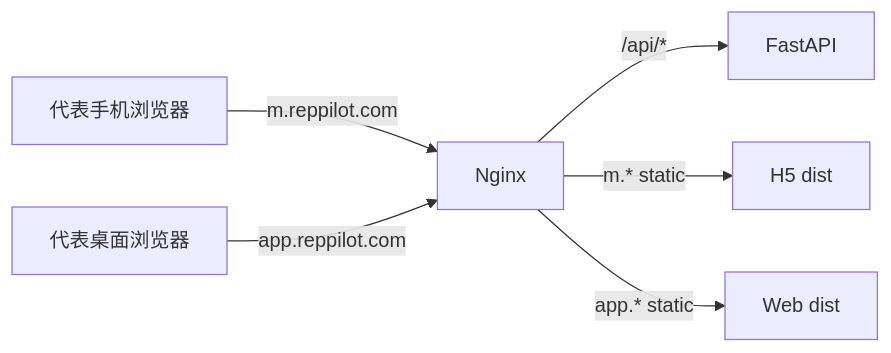
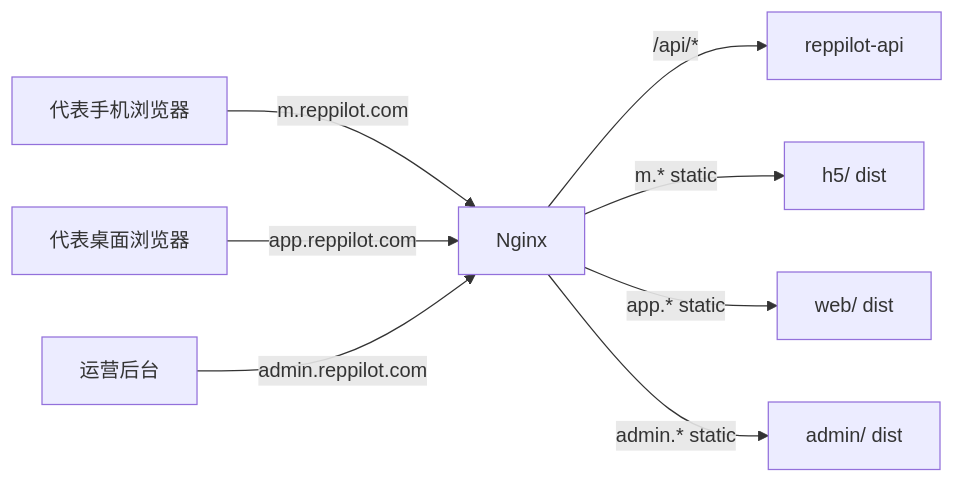
One commit to AliceDel66/discussionGroup changed the second of 7 diagrams in projects/pharma-rep-agent/tech/architecture.md. Above: the diagram before and after it, drawn with Mermaid. The commit also changed other lines of this file and 7 other files, not shown here.

````diff
--- a/projects/pharma-rep-agent/tech/architecture.md
+++ b/projects/pharma-rep-agent/tech/architecture.md
@@ -197,8 +218,10 @@
 ```mermaid
 graph LR
     UserMobile[代表手机浏览器] -->|m.reppilot.com| Nginx
     UserDesktop[代表桌面浏览器] -->|app.reppilot.com| Nginx
-    Nginx -->|/api/*| FastAPI
-    Nginx -->|m.* static| H5Dist[H5 dist]
-    Nginx -->|app.* static| WebDist[Web dist]
+    AdminOps[运营后台] -->|admin.reppilot.com| Nginx
+    Nginx -->|/api/*| FastAPI[reppilot-api]
+    Nginx -->|m.* static| H5Dist[h5/ dist]
+    Nginx -->|app.* static| WebDist[web/ dist]
+    Nginx -->|admin.* static| AdminDist[admin/ dist]
 ```
````
